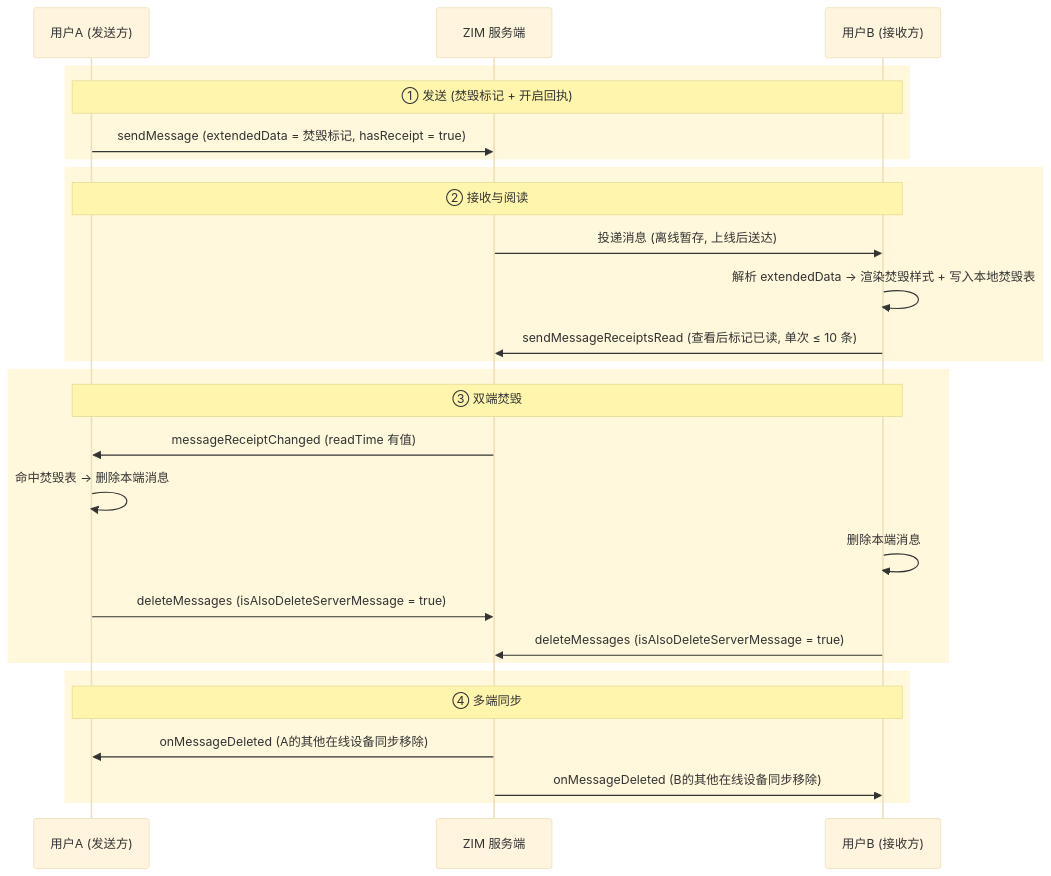
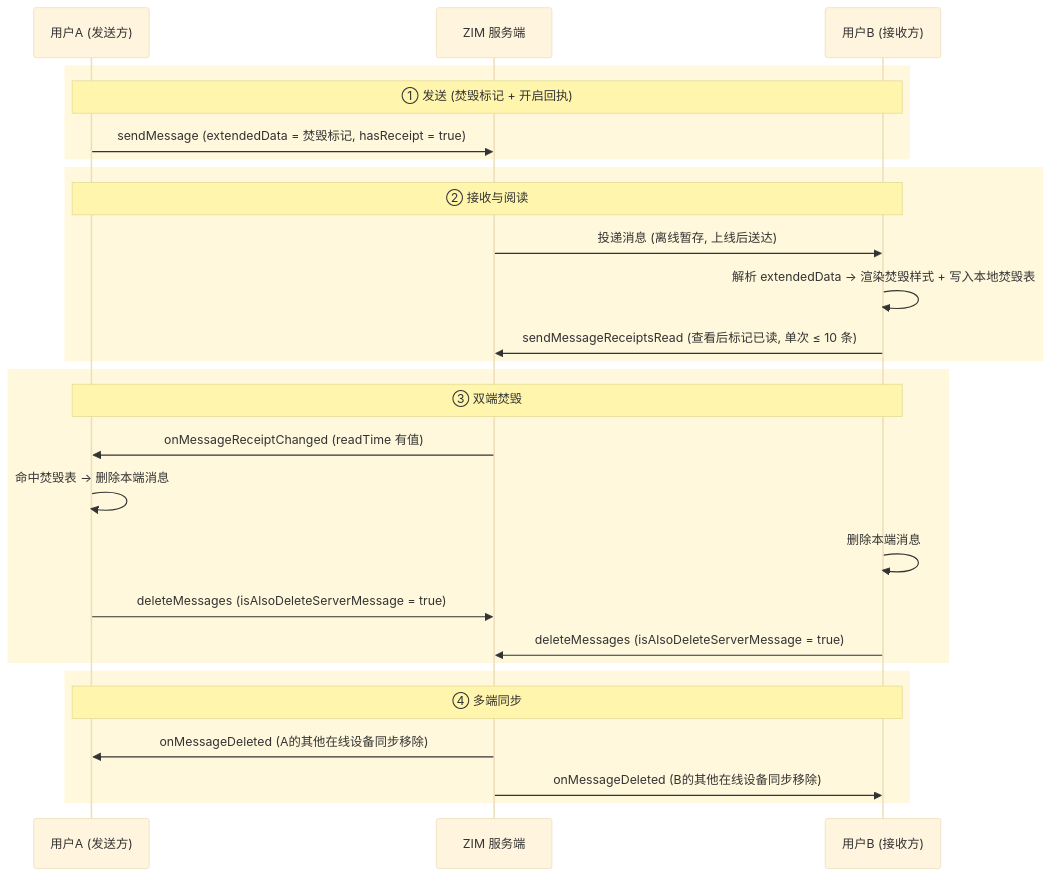
The diagram in core_products/zim/zh/docs_zim_android_zh/best-practice/message-destruction.mdx (ZEGOCLOUD/docs_all), drawn with Mermaid (base theme) before and after one commit. The commit also changed 1 other file, not shown here.

Commit message:
ZIM: Replace messageReceiptChanged with onMessageReceiptChanged in sequence diagram

````diff
--- a/core_products/zim/zh/docs_zim_android_zh/best-practice/message-destruction.mdx
+++ b/core_products/zim/zh/docs_zim_android_zh/best-practice/message-destruction.mdx
@@ -66,44 +66,44 @@
 ```mermaid
 sequenceDiagram
     participant A as 用户A (发送方)
     participant S as ZIM 服务端
     participant B as 用户B (接收方)
 
     %% 阶段 ①
     rect rgb(255, 248, 220)
         Note over A,B: ① 发送 (焚毁标记 + 开启回执)
         A->>S: sendMessage (extendedData = 焚毁标记, hasReceipt = true)
     end
 
     %% 阶段 ②
     rect rgb(255, 248, 220)
         Note over A,B: ② 接收与阅读
         S->>B: 投递消息 (离线暂存, 上线后送达)
         
         %% B的自处理过程（对应原图右侧弯折框）
         B->>B: 解析 extendedData -> 渲染焚毁样式 + 写入本地焚毁表
         
         B->>S: sendMessageReceiptsRead (查看后标记已读, 单次 ≤ 10 条)
     end
 
     %% 阶段 ③
     rect rgb(255, 248, 220)
         Note over A,B: ③ 双端焚毁
-        S->>A: messageReceiptChanged (readTime 有值)
+        S->>A: onMessageReceiptChanged (readTime 有值)
         
         %% A的自处理过程
         A->>A: 命中焚毁表 -> 删除本端消息
         %% B的自处理过程
         B->>B: 删除本端消息
         
         A->>S: deleteMessages (isAlsoDeleteServerMessage = true)
         B->>S: deleteMessages (isAlsoDeleteServerMessage = true)
     end
 
     %% 阶段 ④
     rect rgb(255, 248, 220)
         Note over A,B: ④ 多端同步
         S->>A: onMessageDeleted (A的其他在线设备同步移除)
         S->>B: onMessageDeleted (B的其他在线设备同步移除)
     end
 ```
````
